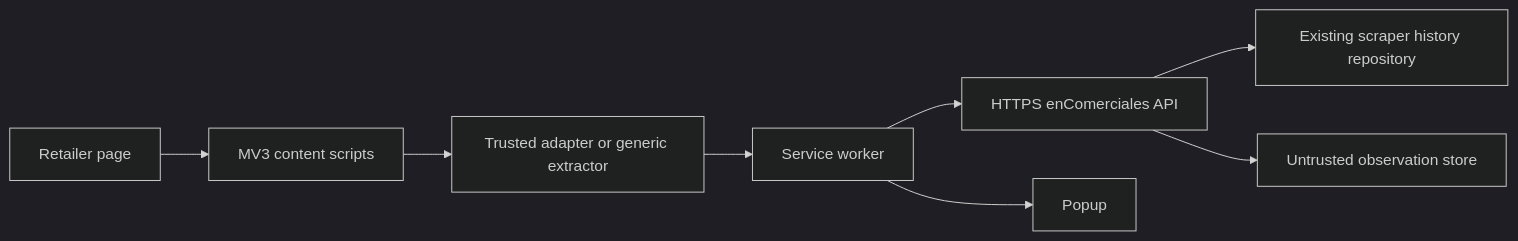
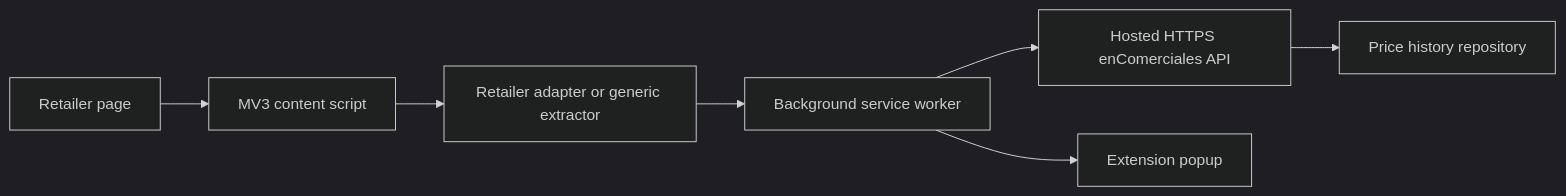
Before and after one commit to ErSamano/enComercialesExtension: the diagram in docs/BROWSER_EXTENSION_ARCHITECTURE.md, drawn with Mermaid (dark theme). The commit also changed other lines of this file, not shown here.

Commit message:
refactor: remove local CSV API and focus hosted service

````diff
--- a/docs/BROWSER_EXTENSION_ARCHITECTURE.md
+++ b/docs/BROWSER_EXTENSION_ARCHITECTURE.md
@@ -13,10 +9,9 @@
 ```mermaid
 flowchart LR
-  R[Retailer page] --> C[MV3 content scripts]
-  C --> A[Trusted adapter or generic extractor]
-  A --> B[Service worker]
-  B --> API[HTTPS enComerciales API]
-  API --> D[Existing scraper history repository]
-  API --> O[Untrusted observation store]
-  B --> P[Popup]
+  R[Retailer page] --> C[MV3 content script]
+  C --> A[Retailer adapter or generic extractor]
+  A --> B[Background service worker]
+  B --> API[Hosted HTTPS enComerciales API]
+  API --> D[Price history repository]
+  B --> P[Extension popup]
 ```
````
